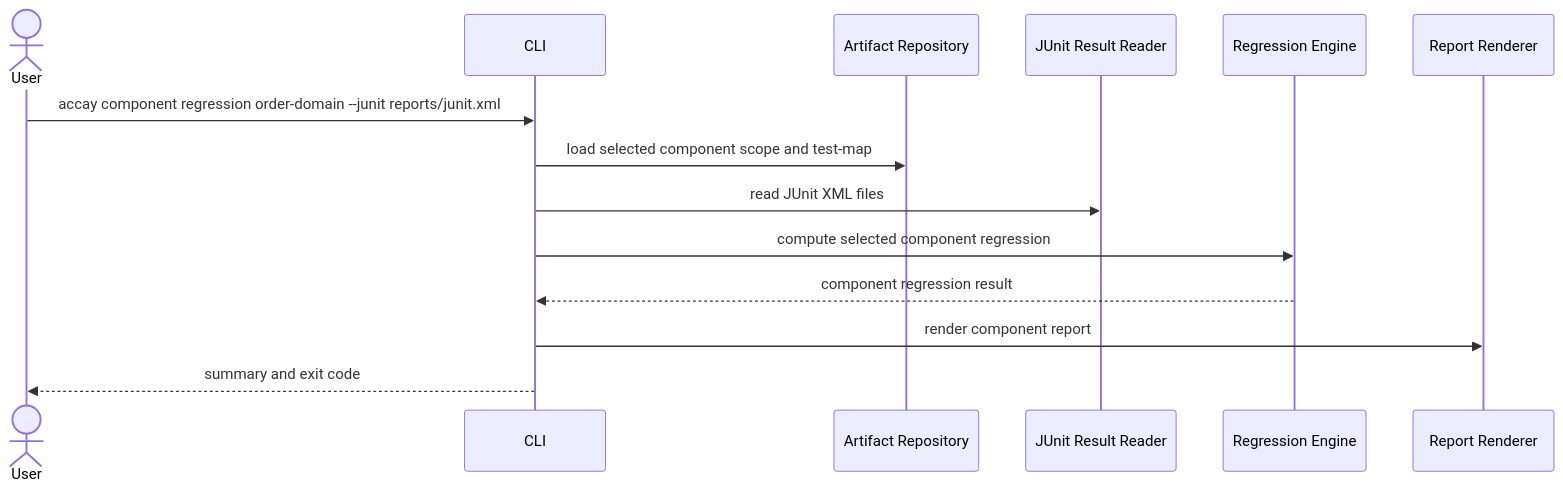
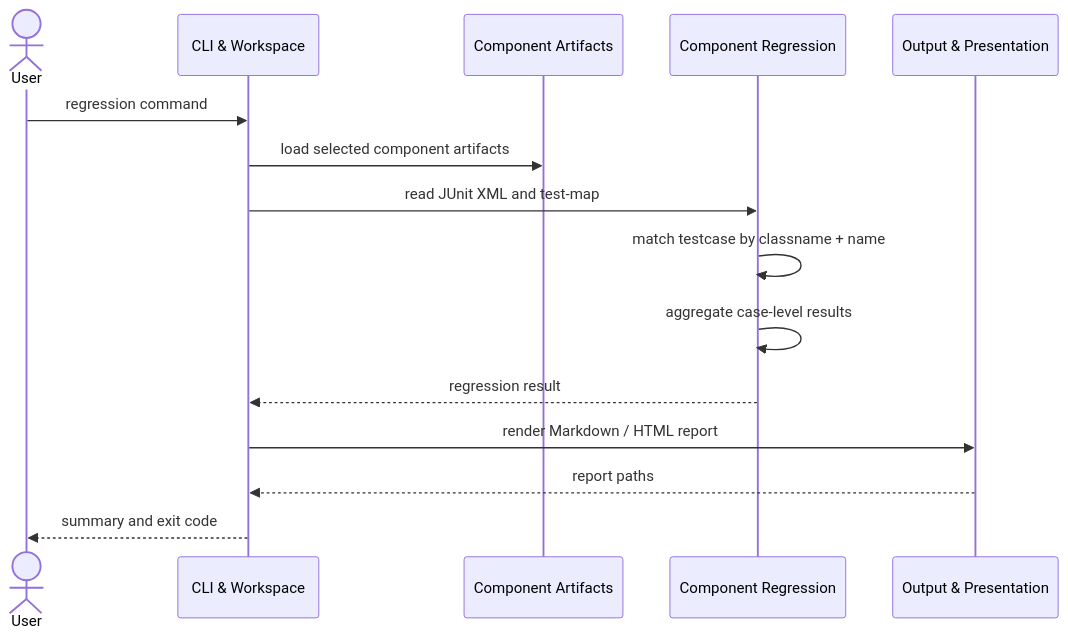
One commit to autotaker/accay changed the sixth of 7 diagrams in docs/architecture.md. Above: the diagram before and after it, drawn with Mermaid. The commit also changed other lines of this file, not shown here.

Commit message:
Refine architecture design

````diff
--- a/docs/architecture.md
+++ b/docs/architecture.md
@@ -401,17 +524,18 @@
 ```mermaid
 sequenceDiagram
   actor User
-  participant CLI
-  participant Repo as Artifact Repository
-  participant JUnit as JUnit Result Reader
-  participant Engine as Regression Engine
-  participant Reports as Report Renderer
+  participant CLI as CLI & Workspace
+  participant ComponentArtifacts as Component Artifacts
+  participant Regression as Component Regression
+  participant Output as Output & Presentation
 
-  User->>CLI: accay component regression order-domain --junit reports/junit.xml
-  CLI->>Repo: load selected component scope and test-map
-  CLI->>JUnit: read JUnit XML files
-  CLI->>Engine: compute selected component regression
-  Engine-->>CLI: component regression result
-  CLI->>Reports: render component report
+  User->>CLI: regression command
+  CLI->>ComponentArtifacts: load selected component artifacts
+  CLI->>Regression: read JUnit XML and test-map
+  Regression->>Regression: match testcase by classname + name
+  Regression->>Regression: aggregate case-level results
+  Regression-->>CLI: regression result
+  CLI->>Output: render Markdown / HTML report
+  Output-->>CLI: report paths
   CLI-->>User: summary and exit code
 ```
````
